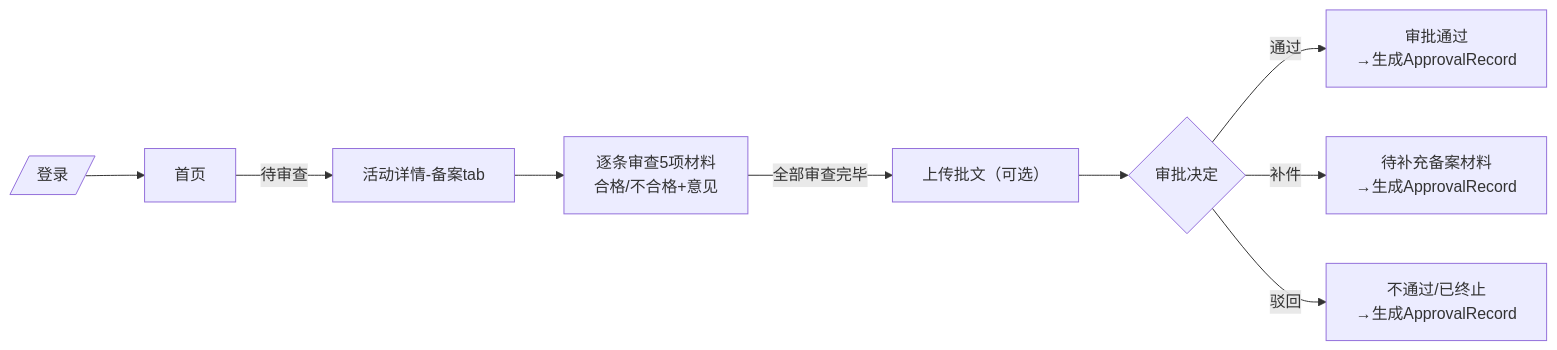
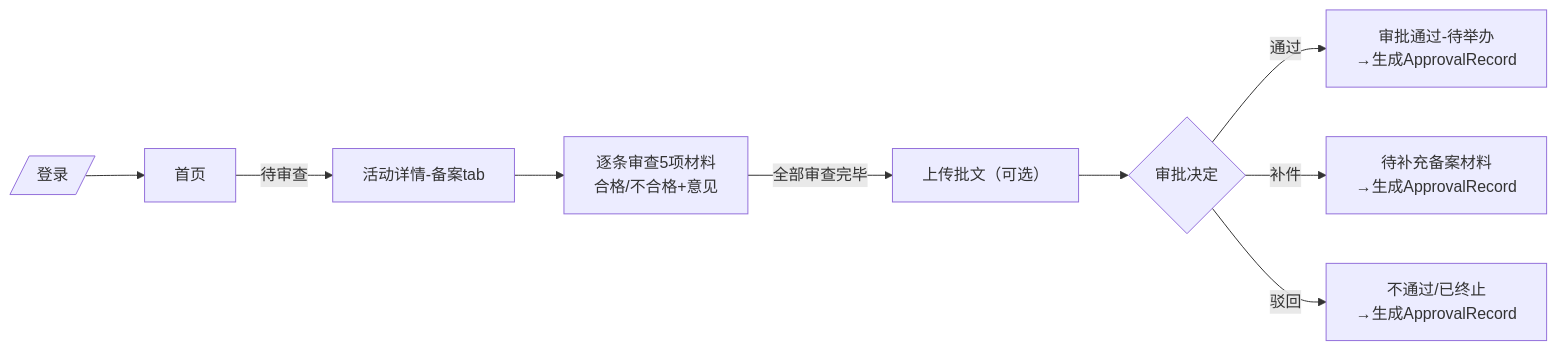
Before and after one commit to VasantLong/camis2026: the eighth of 8 diagrams in docs/frontend.md, drawn with Mermaid. The commit also changed other lines of this file and 15 other files, not shown here.

````diff
--- a/docs/frontend.md
+++ b/docs/frontend.md
@@ -467,11 +466,11 @@
 ```mermaid
 flowchart LR
     Login2[/登录/] --> Home2[首页]
     Home2 --> |"待审查"| Review[活动详情-备案tab]
     Review --> Audit[逐条审查5项材料<br/>合格/不合格+意见]
     Audit --> |全部审查完毕| Upload[上传批文（可选）]
     Upload --> Decision{审批决定}
-    Decision --> |通过| Approved[审批通过<br/>→生成ApprovalRecord]
+    Decision --> |通过| Approved[审批通过-待举办<br/>→生成ApprovalRecord]
     Decision --> |补件| Revise[待补充备案材料<br/>→生成ApprovalRecord]
     Decision --> |驳回| Rejected[不通过/已终止<br/>→生成ApprovalRecord]
 ```
````
